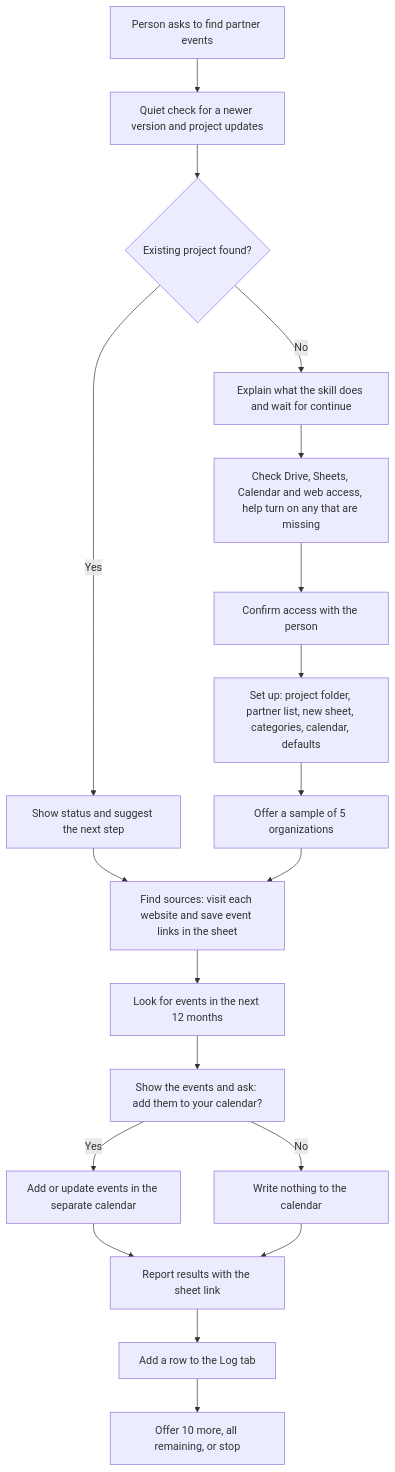
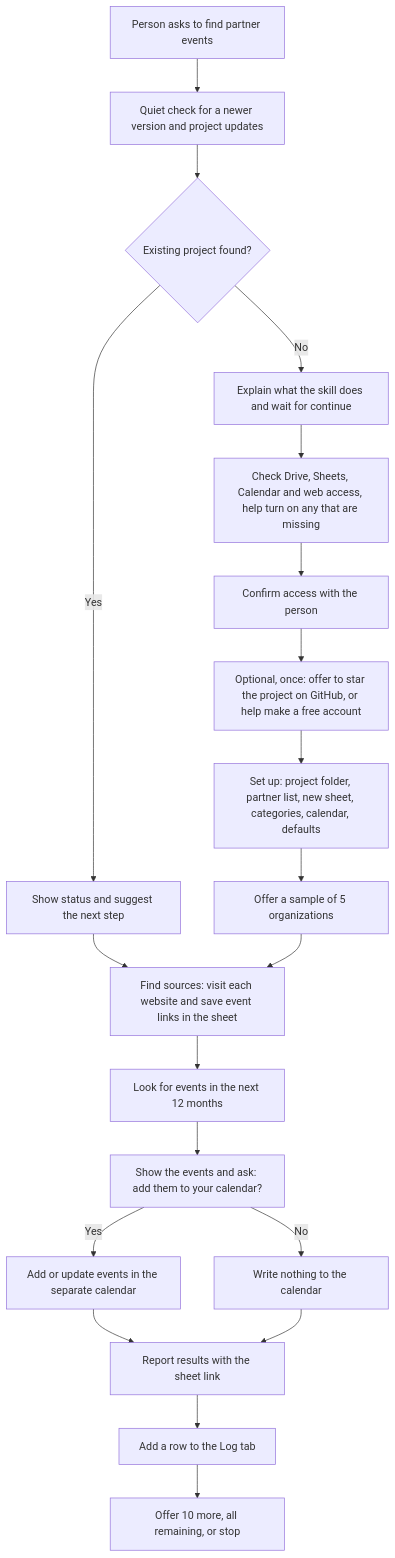
One commit to tejitpabari99/tejit-non-profit-mkt changed the diagram in docs/skills/partner-event-finder.md. Above: the diagram before and after it, drawn with Mermaid. The commit also changed other lines of this file and 7 other files, not shown here.

Commit message:
Add optional GitHub step to onboarding

````diff
--- a/docs/skills/partner-event-finder.md
+++ b/docs/skills/partner-event-finder.md
@@ -11,21 +11,22 @@
 ```mermaid
 flowchart TD
     A["Person asks to find partner events"] --> B["Quiet check for a newer version and project updates"]
     B --> C{"Existing project found?"}
     C -- No --> D["Explain what the skill does and wait for continue"]
     D --> E["Check Drive, Sheets, Calendar and web access, help turn on any that are missing"]
     E --> F["Confirm access with the person"]
-    F --> G["Set up: project folder, partner list, new sheet, categories, calendar, defaults"]
+    F --> F2["Optional, once: offer to star the project on GitHub, or help make a free account"]
+    F2 --> G["Set up: project folder, partner list, new sheet, categories, calendar, defaults"]
     G --> H["Offer a sample of 5 organizations"]
     C -- Yes --> I["Show status and suggest the next step"]
     I --> J
     H --> J["Find sources: visit each website and save event links in the sheet"]
     J --> K["Look for events in the next 12 months"]
     K --> L["Show the events and ask: add them to your calendar?"]
     L -- Yes --> M["Add or update events in the separate calendar"]
     L -- No --> N["Write nothing to the calendar"]
     M --> O["Report results with the sheet link"]
     N --> O
     O --> P["Add a row to the Log tab"]
     P --> Q["Offer 10 more, all remaining, or stop"]
 ```
````
